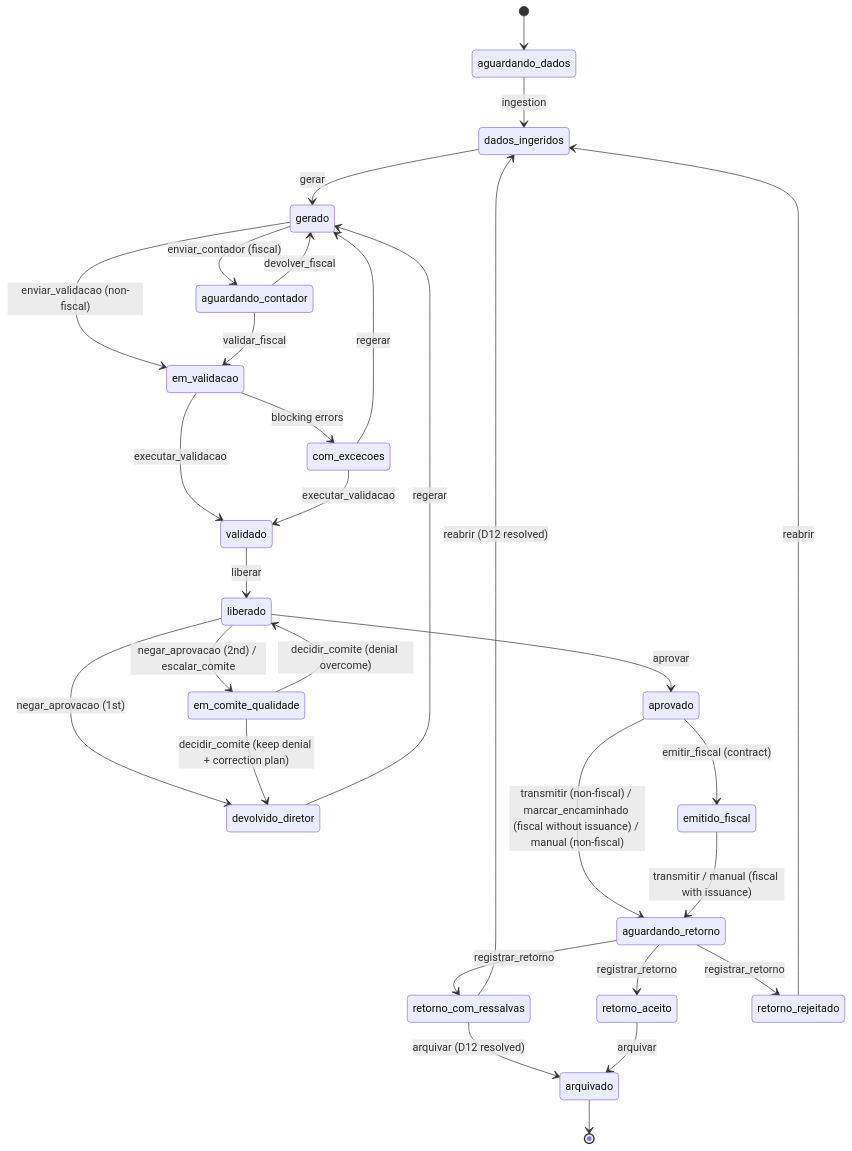
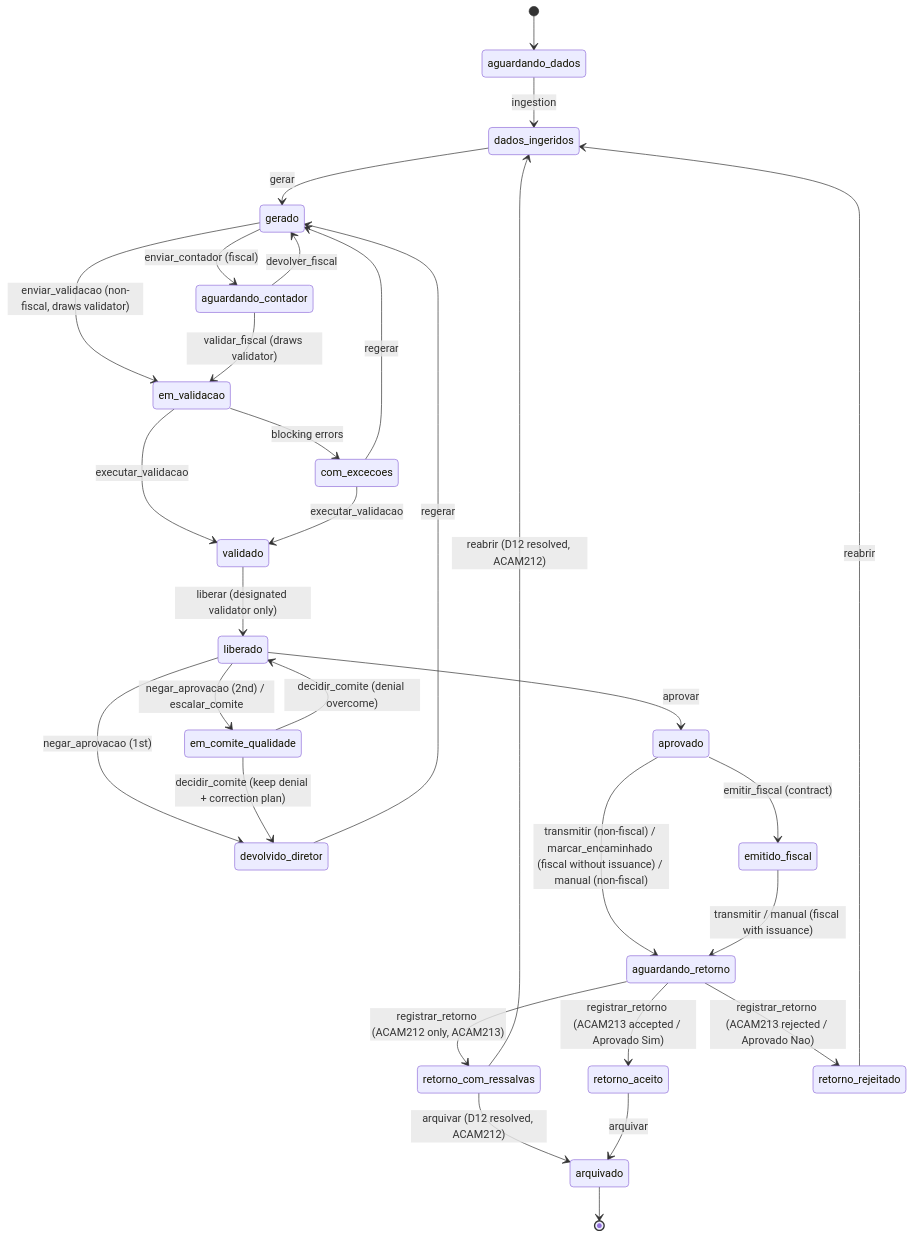
The diagram in docs/backlog-front-approval-flow.md (manucadev81/videnas-app), drawn with Mermaid before and after one commit. The commit also changed other lines of this file and 46 other files, not shown here.

First line of the commit message:
feat: approval flow R5 - client areas, randomly drawn validator per module, CSV audit export

````diff
--- a/docs/backlog-front-approval-flow.md
+++ b/docs/backlog-front-approval-flow.md
@@ -148,32 +154,32 @@
 ```mermaid
 stateDiagram-v2
     [*] --> aguardando_dados
     aguardando_dados --> dados_ingeridos: ingestion
     dados_ingeridos --> gerado: gerar
-    gerado --> em_validacao: enviar_validacao (non-fiscal)
+    gerado --> em_validacao: enviar_validacao (non-fiscal, draws validator)
     gerado --> aguardando_contador: enviar_contador (fiscal)
-    aguardando_contador --> em_validacao: validar_fiscal
+    aguardando_contador --> em_validacao: validar_fiscal (draws validator)
     aguardando_contador --> gerado: devolver_fiscal
     em_validacao --> validado: executar_validacao
     em_validacao --> com_excecoes: blocking errors
     com_excecoes --> validado: executar_validacao
     com_excecoes --> gerado: regerar
-    validado --> liberado: liberar
+    validado --> liberado: liberar (designated validator only)
     liberado --> aprovado: aprovar
     liberado --> devolvido_diretor: negar_aprovacao (1st)
     liberado --> em_comite_qualidade: negar_aprovacao (2nd) / escalar_comite
     devolvido_diretor --> gerado: regerar
     em_comite_qualidade --> devolvido_diretor: decidir_comite (keep denial + correction plan)
     em_comite_qualidade --> liberado: decidir_comite (denial overcome)
     aprovado --> emitido_fiscal: emitir_fiscal (contract)
     aprovado --> aguardando_retorno: transmitir (non-fiscal) / marcar_encaminhado (fiscal without issuance) / manual (non-fiscal)
     emitido_fiscal --> aguardando_retorno: transmitir / manual (fiscal with issuance)
-    aguardando_retorno --> retorno_aceito: registrar_retorno
-    aguardando_retorno --> retorno_com_ressalvas: registrar_retorno
-    aguardando_retorno --> retorno_rejeitado: registrar_retorno
+    aguardando_retorno --> retorno_aceito: registrar_retorno (ACAM213 accepted / Aprovado Sim)
+    aguardando_retorno --> retorno_com_ressalvas: registrar_retorno (ACAM212 only, ACAM213)
+    aguardando_retorno --> retorno_rejeitado: registrar_retorno (ACAM213 rejected / Aprovado Nao)
     retorno_rejeitado --> dados_ingeridos: reabrir
-    retorno_com_ressalvas --> dados_ingeridos: reabrir (D12 resolved)
-    retorno_com_ressalvas --> arquivado: arquivar (D12 resolved)
+    retorno_com_ressalvas --> dados_ingeridos: reabrir (D12 resolved, ACAM212)
+    retorno_com_ressalvas --> arquivado: arquivar (D12 resolved, ACAM212)
     retorno_aceito --> arquivado: arquivar
     arquivado --> [*]
 ```
````
